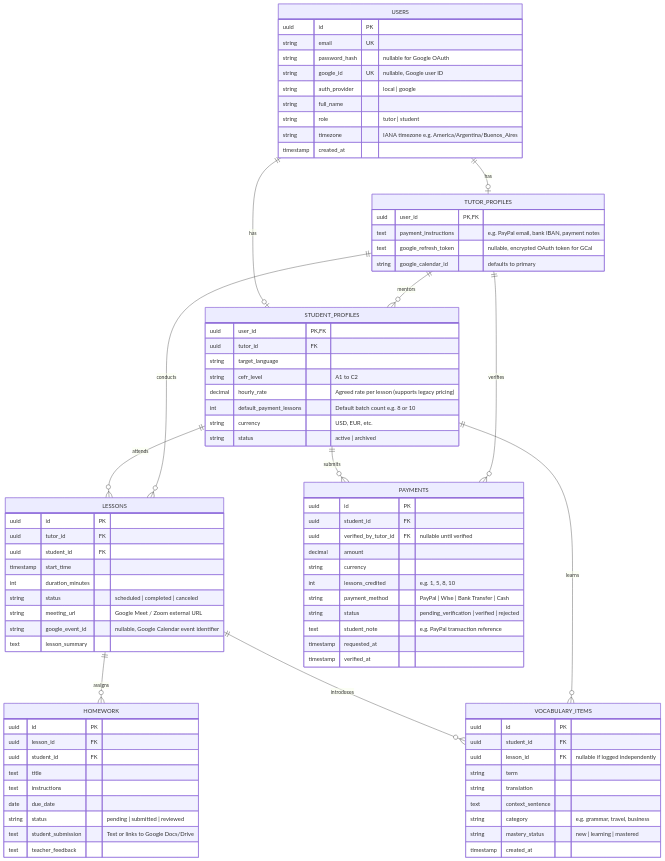
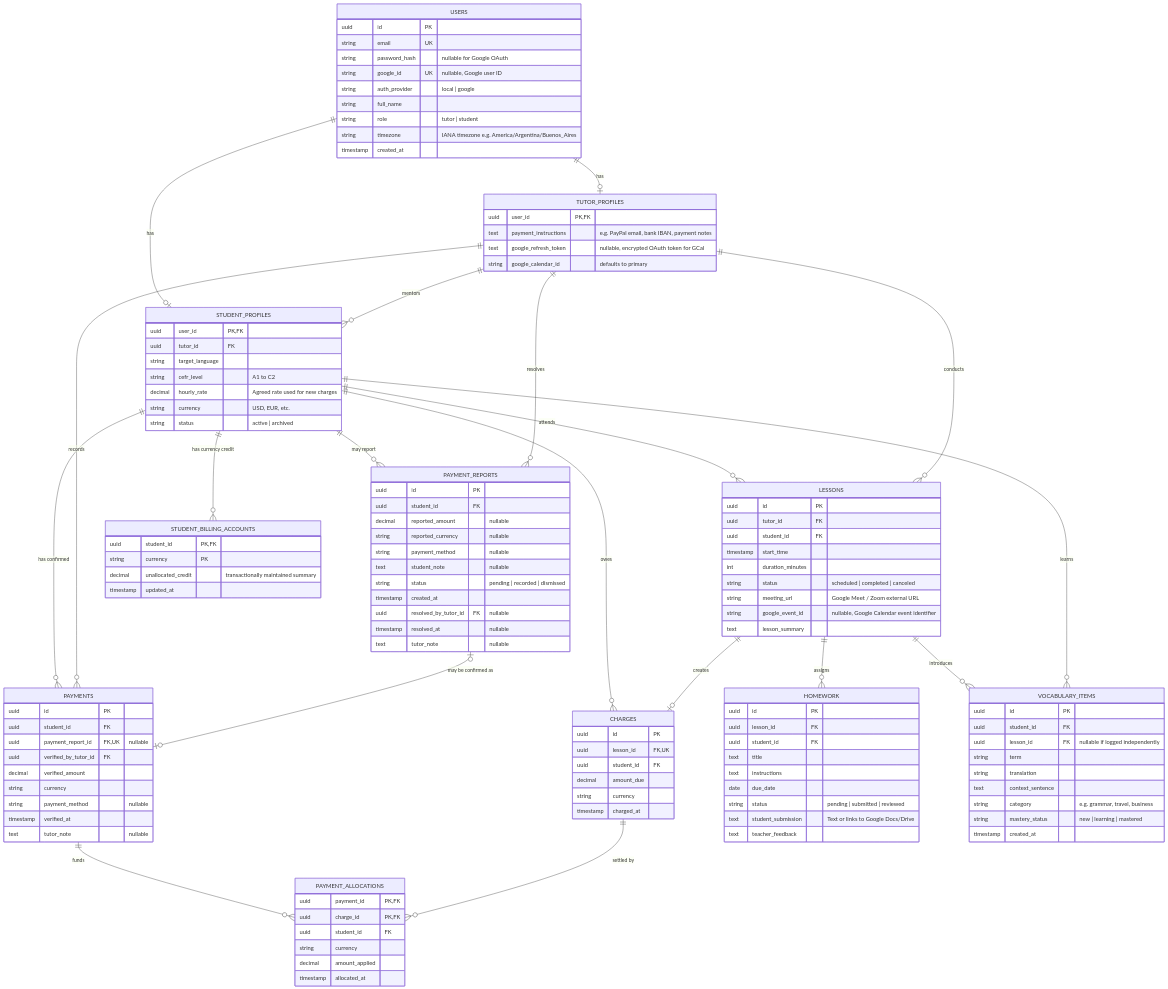
One commit to DmytroCherednichenko/idiomar-crm changed the diagram in docs/diagrams/01-erd.mmd. Above: the diagram before and after it, drawn with Mermaid. The commit also changed 6 other files, not shown here.

Commit message:
Update payment sequence in ERD and Dictionary, minor fixes

```diff
--- a/docs/diagrams/01-erd.mmd
+++ b/docs/diagrams/01-erd.mmd
@@ -1,94 +1,138 @@
 erDiagram
     USERS ||--o| STUDENT_PROFILES : "has"
     USERS ||--o| TUTOR_PROFILES : "has"
     TUTOR_PROFILES ||--o{ STUDENT_PROFILES : "mentors"
     
     STUDENT_PROFILES ||--o{ LESSONS : "attends"
     TUTOR_PROFILES ||--o{ LESSONS : "conducts"
     
-    STUDENT_PROFILES ||--o{ PAYMENTS : "submits"
-    TUTOR_PROFILES ||--o{ PAYMENTS : "verifies"
+    STUDENT_PROFILES ||--o{ CHARGES : "owes"
+    LESSONS ||--o| CHARGES : "creates"
+    STUDENT_PROFILES ||--o{ PAYMENT_REPORTS : "may report"
+    TUTOR_PROFILES ||--o{ PAYMENT_REPORTS : "resolves"
+    STUDENT_PROFILES ||--o{ PAYMENTS : "has confirmed"
+    TUTOR_PROFILES ||--o{ PAYMENTS : "records"
+    PAYMENT_REPORTS o|--o| PAYMENTS : "may be confirmed as"
+    PAYMENTS ||--o{ PAYMENT_ALLOCATIONS : "funds"
+    CHARGES ||--o{ PAYMENT_ALLOCATIONS : "settled by"
+    STUDENT_PROFILES ||--o{ STUDENT_BILLING_ACCOUNTS : "has currency credit"
 
     LESSONS ||--o{ HOMEWORK : "assigns"
     LESSONS ||--o{ VOCABULARY_ITEMS : "introduces"
     STUDENT_PROFILES ||--o{ VOCABULARY_ITEMS : "learns"
 
     USERS {
         uuid id PK
         string email UK
         string password_hash "nullable for Google OAuth"
         string google_id UK "nullable, Google user ID"
         string auth_provider "local | google"
         string full_name
         string role "tutor | student"
         string timezone "IANA timezone e.g. America/Argentina/Buenos_Aires"
         timestamp created_at
     }
 
     STUDENT_PROFILES {
         uuid user_id PK, FK
         uuid tutor_id FK
         string target_language
         string cefr_level "A1 to C2"
-        decimal hourly_rate "Agreed rate per lesson (supports legacy pricing)"
-        int default_payment_lessons "Default batch count e.g. 8 or 10"
+        decimal hourly_rate "Agreed rate used for new charges"
         string currency "USD, EUR, etc."
         string status "active | archived"
     }
 
     TUTOR_PROFILES {
         uuid user_id PK, FK
         text payment_instructions "e.g. PayPal email, bank IBAN, payment notes"
         text google_refresh_token "nullable, encrypted OAuth token for GCal"
         string google_calendar_id "defaults to primary"
     }
 
+    CHARGES {
+        uuid id PK
+        uuid lesson_id FK, UK
+        uuid student_id FK
+        decimal amount_due
+        string currency
+        timestamp charged_at
+    }
+
+    PAYMENT_REPORTS {
+        uuid id PK
+        uuid student_id FK
+        decimal reported_amount "nullable"
+        string reported_currency "nullable"
+        string payment_method "nullable"
+        text student_note "nullable"
+        string status "pending | recorded | dismissed"
+        timestamp created_at
+        uuid resolved_by_tutor_id FK "nullable"
+        timestamp resolved_at "nullable"
+        text tutor_note "nullable"
+    }
+
     PAYMENTS {
         uuid id PK
         uuid student_id FK
-        uuid verified_by_tutor_id FK "nullable until verified"
-        decimal amount
+        uuid payment_report_id FK, UK "nullable"
+        uuid verified_by_tutor_id FK
+        decimal verified_amount
         string currency
-        int lessons_credited "e.g. 1, 5, 8, 10"
-        string payment_method "PayPal | Wise | Bank Transfer | Cash"
-        string status "pending_verification | verified | rejected"
-        text student_note "e.g. PayPal transaction reference"
-        timestamp requested_at
+        string payment_method "nullable"
         timestamp verified_at
+        text tutor_note "nullable"
+    }
+
+    PAYMENT_ALLOCATIONS {
+        uuid payment_id PK, FK
+        uuid charge_id PK, FK
+        uuid student_id FK
+        string currency
+        decimal amount_applied
+        timestamp allocated_at
+    }
+
+    STUDENT_BILLING_ACCOUNTS {
+        uuid student_id PK, FK
+        string currency PK
+        decimal unallocated_credit "transactionally maintained summary"
+        timestamp updated_at
     }
 
     LESSONS {
         uuid id PK
         uuid tutor_id FK
         uuid student_id FK
         timestamp start_time
         int duration_minutes
         string status "scheduled | completed | canceled"
         string meeting_url "Google Meet / Zoom external URL"
         string google_event_id "nullable, Google Calendar event identifier"
         text lesson_summary
     }
 
     HOMEWORK {
         uuid id PK
         uuid lesson_id FK
         uuid student_id FK
         text title
         text instructions
         date due_date
         string status "pending | submitted | reviewed"
         text student_submission "Text or links to Google Docs/Drive"
         text teacher_feedback
     }
 
     VOCABULARY_ITEMS {
         uuid id PK
         uuid student_id FK
         uuid lesson_id FK "nullable if logged independently"
         string term
         string translation
         text context_sentence
         string category "e.g. grammar, travel, business"
         string mastery_status "new | learning | mastered"
         timestamp created_at
     }
```
